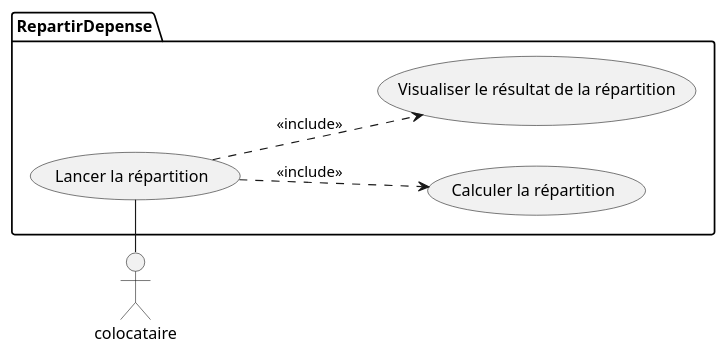
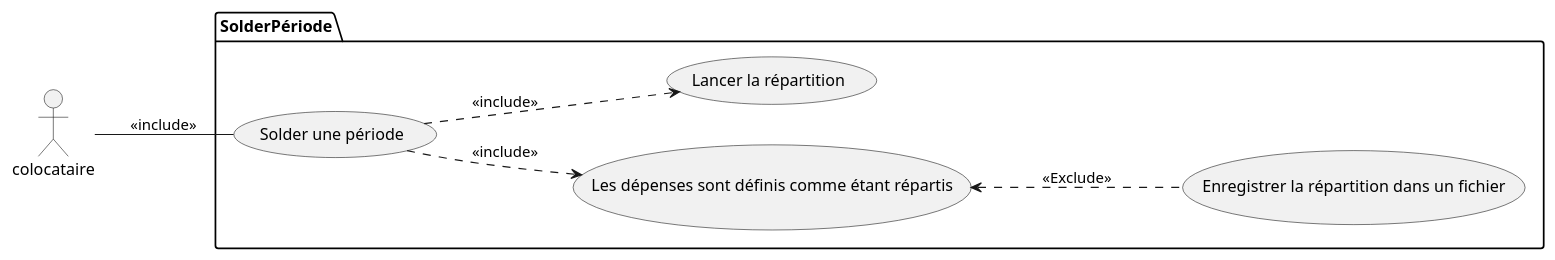
One commit to Enstso/ColocationCrous changed the fifth of 5 diagrams in README.md. Above: the diagram before and after it, drawn with PlantUML. The commit also changed other lines of this file and 45 other files, not shown here.

````diff
--- a/README.md
+++ b/README.md
@@ -124,12 +206,12 @@
 ```plantuml
-@startuml Repartir Depense
+@startuml SolderPeriode
 left to right direction
 :colocataire:
-package RepartirDepense{
-colocataire-(Lancer la répartition)
-(Lancer la répartition)..>(Calculer la répartition):<<include>> 
-(Lancer la répartition)..>(Visualiser le résultat de la répartition):<<include>>
-
+package SolderPériode{
+colocataire--(Solder une période) :<<include>> 
+(Solder une période)..>(Les dépenses sont définis comme étant répartis):<<include>> 
+(Solder une période)..>(Lancer la répartition):<<include>>
+(Les dépenses sont définis comme étant répartis)<...(Enregistrer la répartition dans un fichier):<<Exclude>>
 }
 @endumlD
 ```
````
